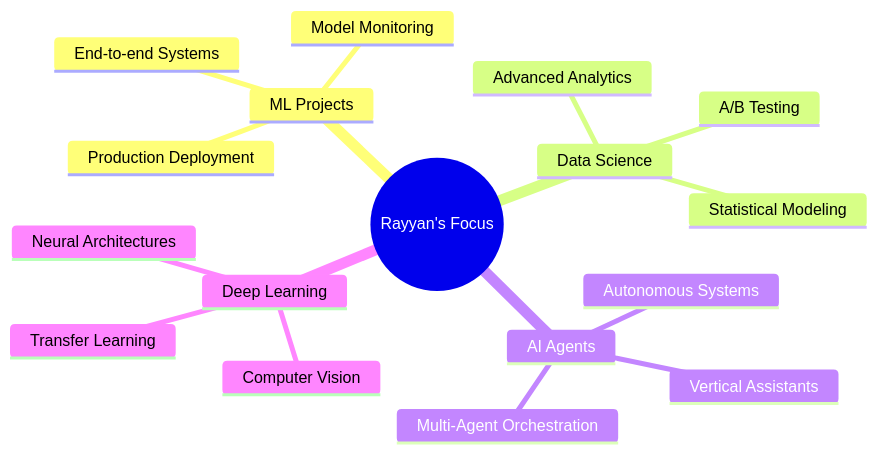
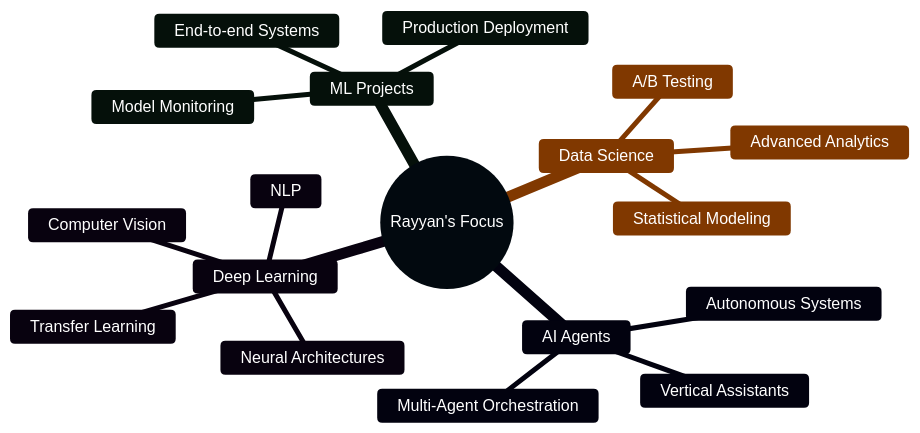
Before and after one commit to rayyan-merchant/rayyan-merchant: the diagram in README.md, drawn with Mermaid. The commit also changed other lines of this file, not shown here.

````diff
--- a/README.md
+++ b/README.md
@@ -339,20 +355,22 @@
 ```mermaid
+%%{init: {'theme':'base', 'themeVariables': { 'primaryColor':'#0f4c81','primaryTextColor':'#fff','primaryBorderColor':'#0f4c81','lineColor':'#0f4c81','secondaryColor':'#217346','tertiaryColor':'#FF6F00','background':'#ffffff','mainBkg':'#0f4c81','secondBkg':'#217346','tertiaryBkg':'#FF6F00','textColor':'#000000','fontSize':'16px'}}}%%
 mindmap
   root((Rayyan's Focus))
     ML Projects
       End-to-end Systems
       Production Deployment
       Model Monitoring
     Data Science
       Advanced Analytics
       Statistical Modeling
       A/B Testing
     AI Agents
       Vertical Assistants
       Autonomous Systems
       Multi-Agent Orchestration
     Deep Learning
       Computer Vision
       Neural Architectures
       Transfer Learning
+      NLP
 ```
````
